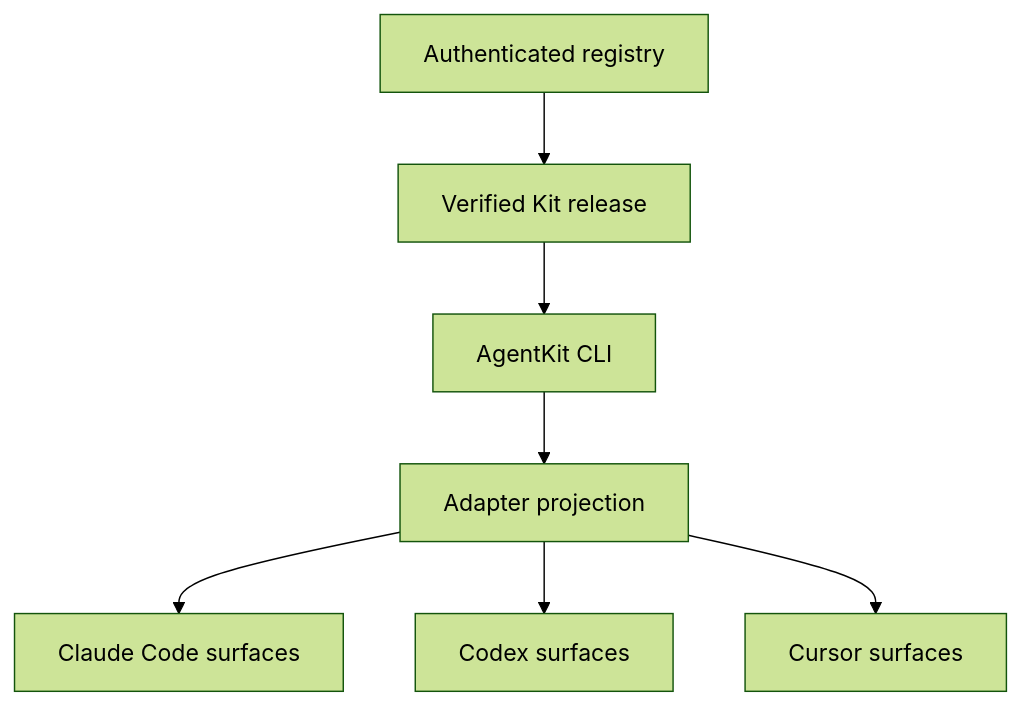
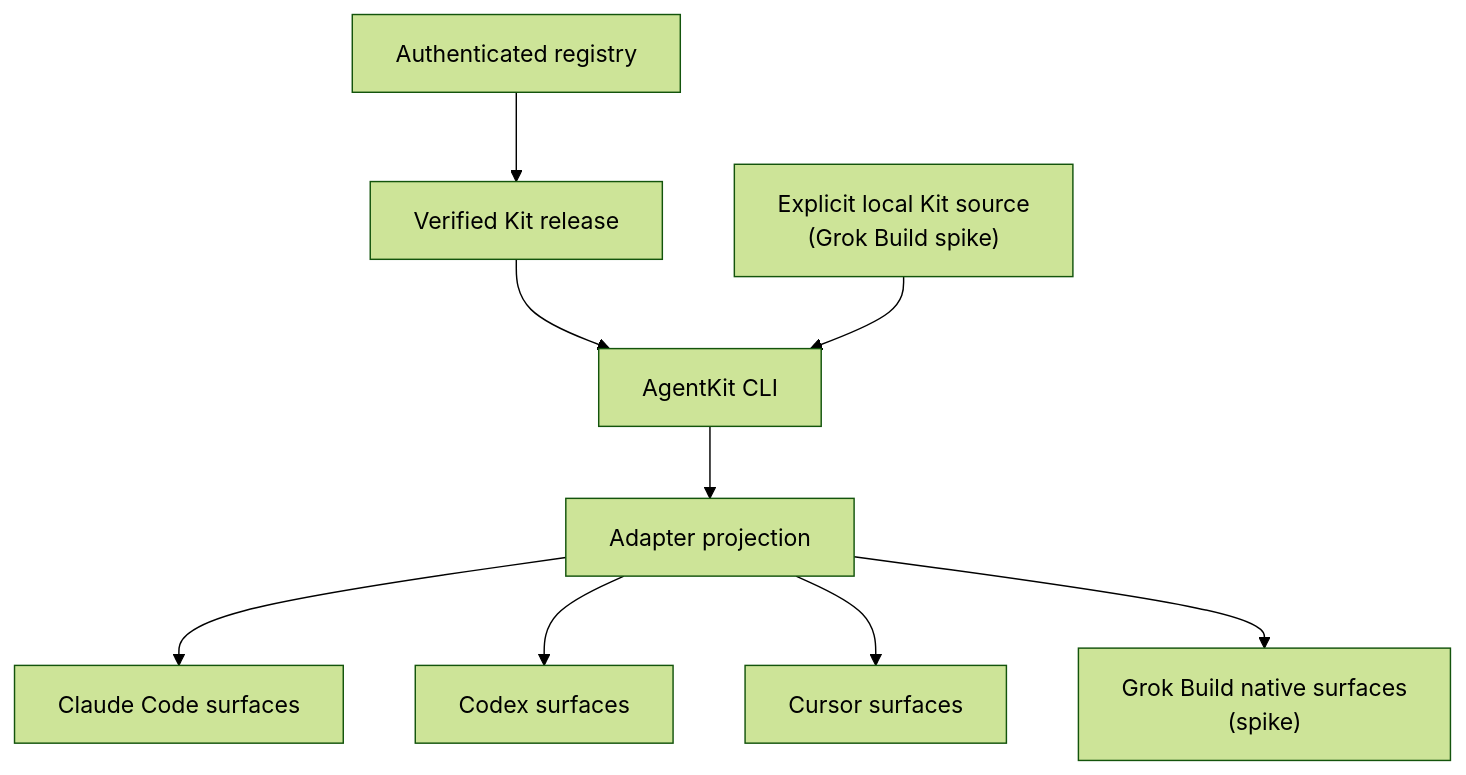
Before and after one commit to bestagentkits/agentkit-docs: the diagram in content/docs/beta/concepts/architecture.en.mdx, drawn with Mermaid (forest theme). The commit also changed other lines of this file and 49 other files, not shown here.

````diff
--- a/content/docs/beta/concepts/architecture.en.mdx
+++ b/content/docs/beta/concepts/architecture.en.mdx
@@ -10,11 +10,13 @@
 ```mermaid
 flowchart TB
-  accTitle: From a verified Kit to runtime surfaces
-  accDescr: An authenticated registry supplies a verified Kit release to the AgentKit CLI. The CLI projects it through an adapter into Claude Code, Codex, or Cursor surfaces.
+  accTitle: From a Kit source to runtime surfaces
+  accDescr: An authenticated registry supplies verified Kit releases for released targets, while an explicit local source supplies Kits for development-only targets. The AgentKit CLI projects each Kit through a runtime adapter.
   registry["Authenticated registry"] --> release["Verified Kit release"]
   release --> cli["AgentKit CLI"]
+  local["Explicit local Kit source<br/>(Grok Build spike)"] --> cli
   cli --> adapter["Adapter projection"]
   adapter --> claude["Claude Code surfaces"]
   adapter --> codex["Codex surfaces"]
   adapter --> cursor["Cursor surfaces"]
+  adapter --> grok["Grok Build native surfaces<br/>(spike)"]
 ```
````
